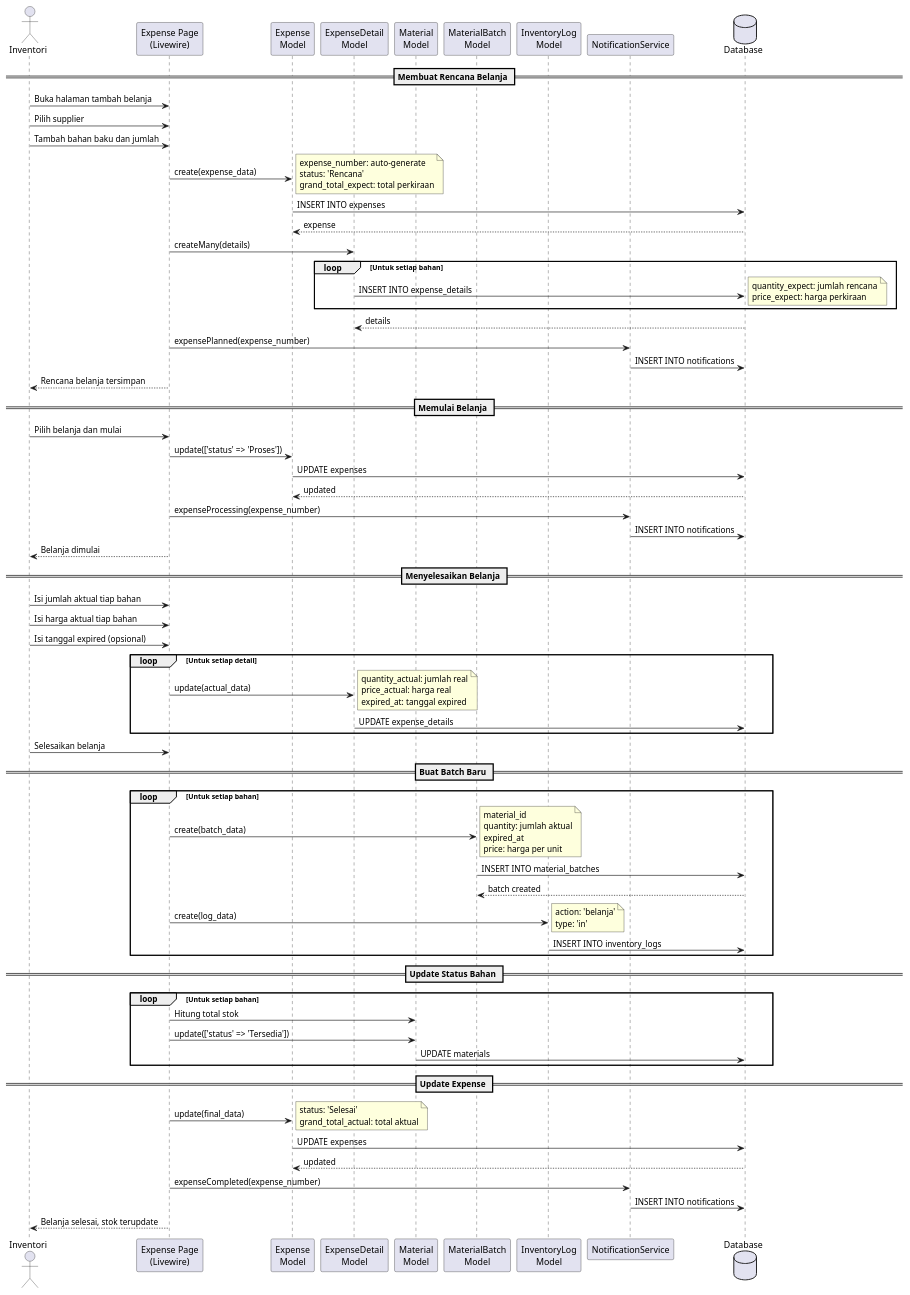
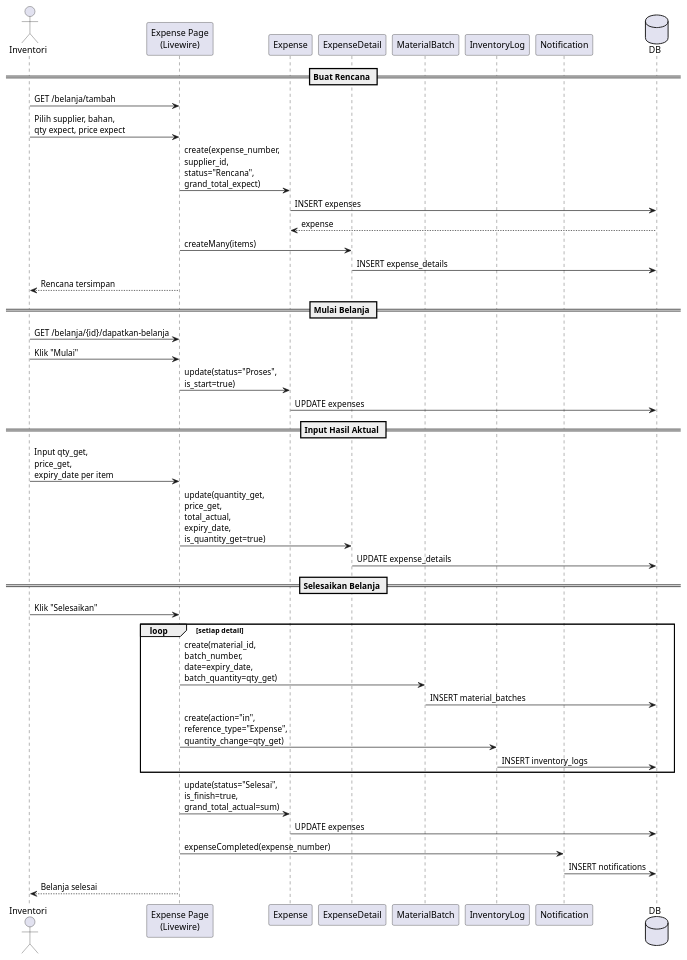
Before and after one commit to pawon3d/pawon3d: the diagram in docs/diagrams/puml/03_sequence_belanja.puml, drawn with PlantUML. The commit also changed 155 other files, not shown here.

```diff
--- a/docs/diagrams/puml/03_sequence_belanja.puml
+++ b/docs/diagrams/puml/03_sequence_belanja.puml
@@ -1,111 +1,57 @@
-@startuml Sequence Diagram - Proses Belanja
+@startuml Sequence - Belanja Bahan Baku
 
-actor Inventori as User
-participant "Expense Page\n(Livewire)" as ExpPage
-participant "Expense\nModel" as Expense
-participant "ExpenseDetail\nModel" as ExpDetail
-participant "Material\nModel" as Material
-participant "MaterialBatch\nModel" as Batch
-participant "InventoryLog\nModel" as Log
-participant "NotificationService" as Notif
-database Database as DB
+actor Inventori
+participant "Expense Page\n(Livewire)" as Page
+participant Expense
+participant ExpenseDetail
+participant MaterialBatch
+participant InventoryLog
+participant Notification as Notif
+database DB
 
-== Membuat Rencana Belanja ==
-User -> ExpPage: Buka halaman tambah belanja
-User -> ExpPage: Pilih supplier
-User -> ExpPage: Tambah bahan baku dan jumlah
+== Buat Rencana ==
+Inventori -> Page: GET /belanja/tambah
+Inventori -> Page: Pilih supplier, bahan,\nqty expect, price expect
 
-ExpPage -> Expense: create(expense_data)
-note right
-  expense_number: auto-generate
-  status: 'Rencana'
-  grand_total_expect: total perkiraan
-end note
-Expense -> DB: INSERT INTO expenses
+Page -> Expense: create(expense_number,\nsupplier_id,\nstatus="Rencana",\ngrand_total_expect)
+Expense -> DB: INSERT expenses
 DB --> Expense: expense
 
-ExpPage -> ExpDetail: createMany(details)
-loop Untuk setiap bahan
-    ExpDetail -> DB: INSERT INTO expense_details
-    note right
-      quantity_expect: jumlah rencana
-      price_expect: harga perkiraan
-    end note
-end
-DB --> ExpDetail: details
+Page -> ExpenseDetail: createMany(items)
+ExpenseDetail -> DB: INSERT expense_details
 
-ExpPage -> Notif: expensePlanned(expense_number)
-Notif -> DB: INSERT INTO notifications
+Page --> Inventori: Rencana tersimpan
 
-ExpPage --> User: Rencana belanja tersimpan
+== Mulai Belanja ==
+Inventori -> Page: GET /belanja/{id}/dapatkan-belanja
+Inventori -> Page: Klik "Mulai"
 
-== Memulai Belanja ==
-User -> ExpPage: Pilih belanja dan mulai
-ExpPage -> Expense: update(['status' => 'Proses'])
+Page -> Expense: update(status="Proses",\nis_start=true)
 Expense -> DB: UPDATE expenses
-DB --> Expense: updated
 
-ExpPage -> Notif: expenseProcessing(expense_number)
-Notif -> DB: INSERT INTO notifications
+== Input Hasil Aktual ==
+Inventori -> Page: Input qty_get,\nprice_get,\nexpiry_date per item
 
-ExpPage --> User: Belanja dimulai
+Page -> ExpenseDetail: update(quantity_get,\nprice_get,\ntotal_actual,\nexpiry_date,\nis_quantity_get=true)
+ExpenseDetail -> DB: UPDATE expense_details
 
-== Menyelesaikan Belanja ==
-User -> ExpPage: Isi jumlah aktual tiap bahan
-User -> ExpPage: Isi harga aktual tiap bahan
-User -> ExpPage: Isi tanggal expired (opsional)
+== Selesaikan Belanja ==
+Inventori -> Page: Klik "Selesaikan"
 
-loop Untuk setiap detail
-    ExpPage -> ExpDetail: update(actual_data)
-    note right
-      quantity_actual: jumlah real
-      price_actual: harga real
-      expired_at: tanggal expired
-    end note
-    ExpDetail -> DB: UPDATE expense_details
+loop setiap detail
+    Page -> MaterialBatch: create(material_id,\nbatch_number,\ndate=expiry_date,\nbatch_quantity=qty_get)
+    MaterialBatch -> DB: INSERT material_batches
+    
+    Page -> InventoryLog: create(action="in",\nreference_type="Expense",\nquantity_change=qty_get)
+    InventoryLog -> DB: INSERT inventory_logs
 end
 
-User -> ExpPage: Selesaikan belanja
+Page -> Expense: update(status="Selesai",\nis_finish=true,\ngrand_total_actual=sum)
+Expense -> DB: UPDATE expenses
 
-== Buat Batch Baru ==
-loop Untuk setiap bahan
-    ExpPage -> Batch: create(batch_data)
-    note right
-      material_id
-      quantity: jumlah aktual
-      expired_at
-      price: harga per unit
-    end note
-    Batch -> DB: INSERT INTO material_batches
-    DB --> Batch: batch created
-    
-    ExpPage -> Log: create(log_data)
-    note right
-      action: 'belanja'
-      type: 'in'
-    end note
-    Log -> DB: INSERT INTO inventory_logs
-end
+Page -> Notif: expenseCompleted(expense_number)
+Notif -> DB: INSERT notifications
 
-== Update Status Bahan ==
-loop Untuk setiap bahan
-    ExpPage -> Material: Hitung total stok
-    ExpPage -> Material: update(['status' => 'Tersedia'])
-    Material -> DB: UPDATE materials
-end
-
-== Update Expense ==
-ExpPage -> Expense: update(final_data)
-note right
-  status: 'Selesai'
-  grand_total_actual: total aktual
-end note
-Expense -> DB: UPDATE expenses
-DB --> Expense: updated
-
-ExpPage -> Notif: expenseCompleted(expense_number)
-Notif -> DB: INSERT INTO notifications
-
-ExpPage --> User: Belanja selesai, stok terupdate
+Page --> Inventori: Belanja selesai
 
 @enduml
```
